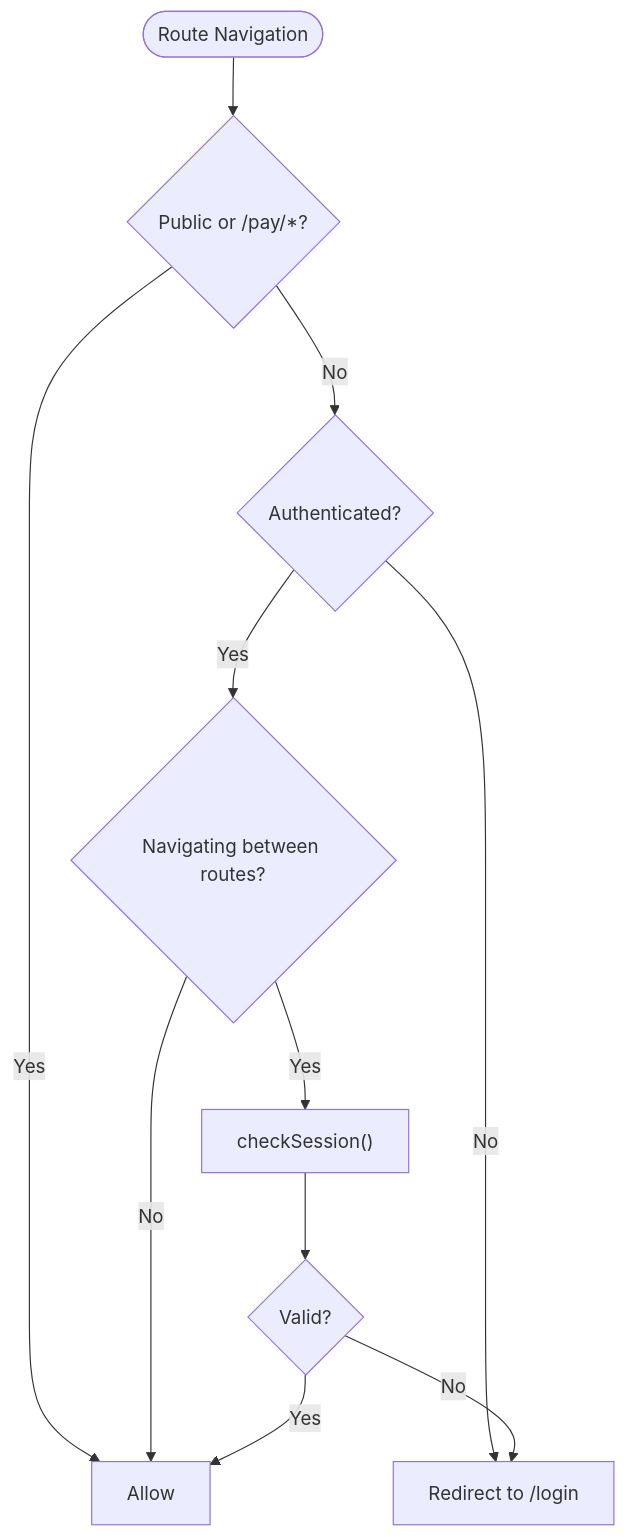
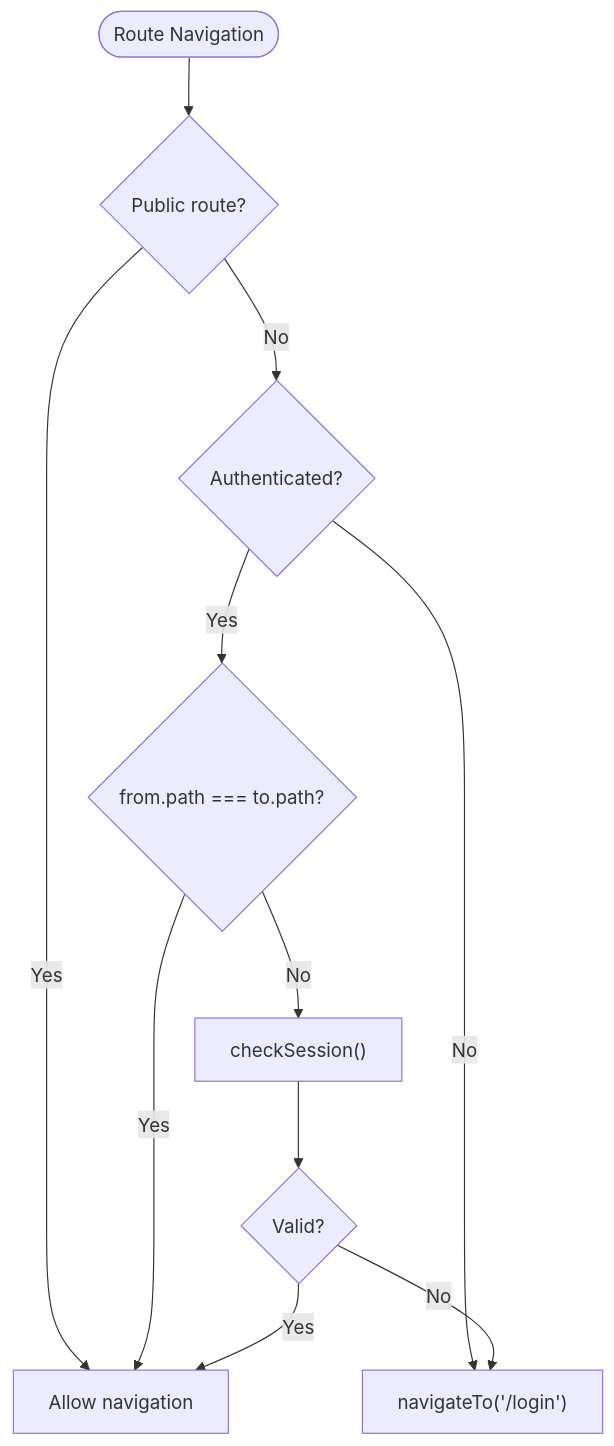
One commit to Lazynerd-Studios/lacarte-atlas-console changed the fourth of 12 diagrams in .qoder/repowiki/en/content/Authentication & Authorization/Authentication & Authorization.md. Above: the diagram before and after it, drawn with Mermaid. The commit also changed other lines of this file and 139 other files, not shown here.

````diff
--- a/.qoder/repowiki/en/content/Authentication & Authorization/Authentication & Authorization.md
+++ b/.qoder/repowiki/en/content/Authentication & Authorization/Authentication & Authorization.md
@@ -232,13 +209,13 @@
 ```mermaid
 flowchart TD
-Enter(["Route Navigation"]) --> PublicCheck{"Public or /pay/*?"}
-PublicCheck --> |Yes| Allow["Allow"]
-PublicCheck --> |No| Authed{"Authenticated?"}
-Authed --> |No| ToLogin["Redirect to /login"]
-Authed --> |Yes| NavCheck{"Navigating between routes?"}
-NavCheck --> |No| Allow
-NavCheck --> |Yes| Validate["checkSession()"]
-Validate --> Valid{"Valid?"}
+Enter(["Route Navigation"]) --> PublicCheck{"Public route?"}
+PublicCheck --> |Yes| Allow["Allow navigation"]
+PublicCheck --> |No| AuthCheck{"Authenticated?"}
+AuthCheck --> |No| ToLogin["navigateTo('/login')"]
+AuthCheck --> |Yes| SameRoute{"from.path === to.path?"}
+SameRoute --> |Yes| Allow
+SameRoute --> |No| CheckSession["checkSession()"]
+CheckSession --> Valid{"Valid?"}
 Valid --> |Yes| Allow
 Valid --> |No| ToLogin
 ```
````
